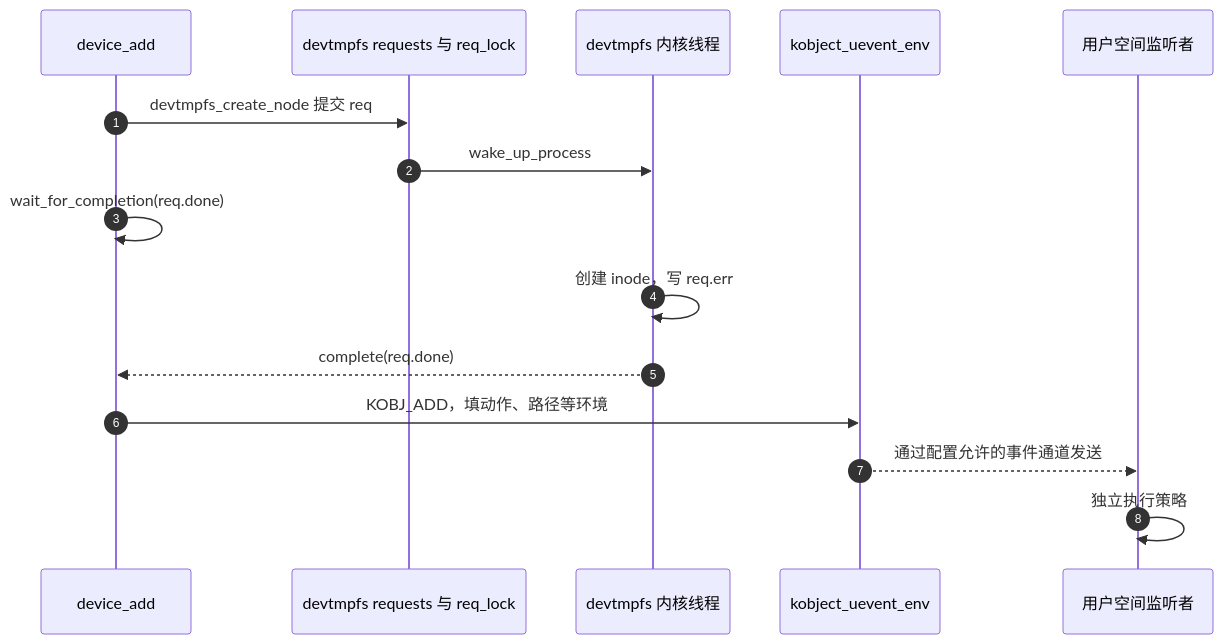
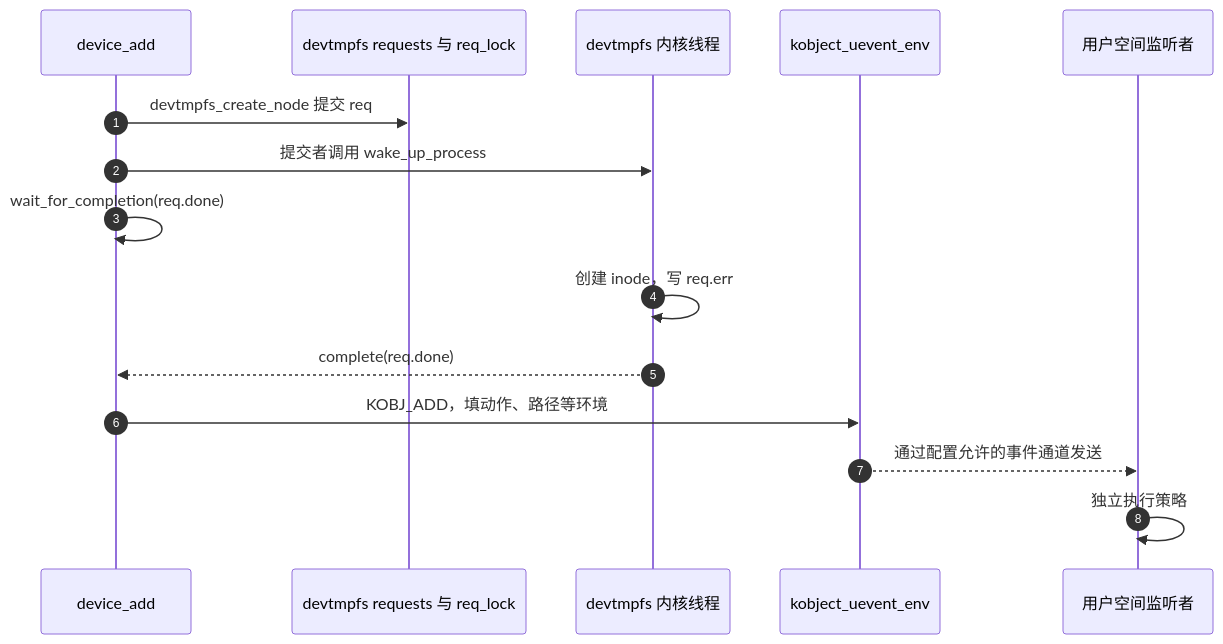
The diagram in research/source_reading/driver_entries/navigation/P03_分类对象与属性事务导读.md (FormingSystem/linux_note), drawn with Mermaid before and after one commit. The commit also changed other lines of this file and 3 other files, not shown here.

````diff
--- a/research/source_reading/driver_entries/navigation/P03_分类对象与属性事务导读.md
+++ b/research/source_reading/driver_entries/navigation/P03_分类对象与属性事务导读.md
@@ -31,17 +39,17 @@
 ```mermaid
 sequenceDiagram
     autonumber
     participant add as device_add
     participant queue as devtmpfs requests 与 req_lock
     participant worker as devtmpfs 内核线程
     participant event as kobject_uevent_env
     participant user as 用户空间监听者
     add->>queue: devtmpfs_create_node 提交 req
-    queue->>worker: wake_up_process
+    add->>worker: 提交者调用 wake_up_process
     add->>add: wait_for_completion(req.done)
     worker->>worker: 创建 inode，写 req.err
     worker-->>add: complete(req.done)
     add->>event: KOBJ_ADD，填动作、路径等环境
     event-->>user: 通过配置允许的事件通道发送
     user->>user: 独立执行策略
 ```
````
